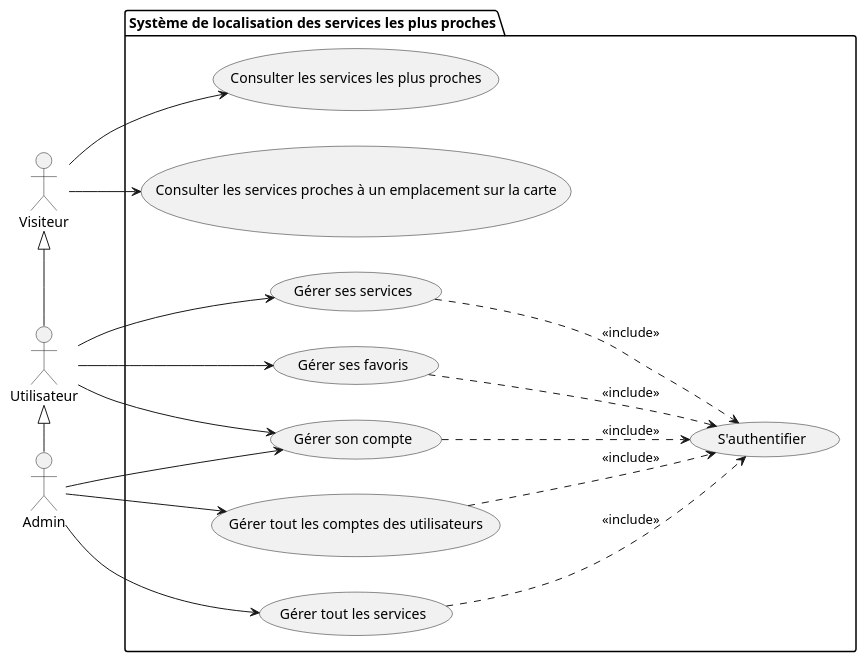
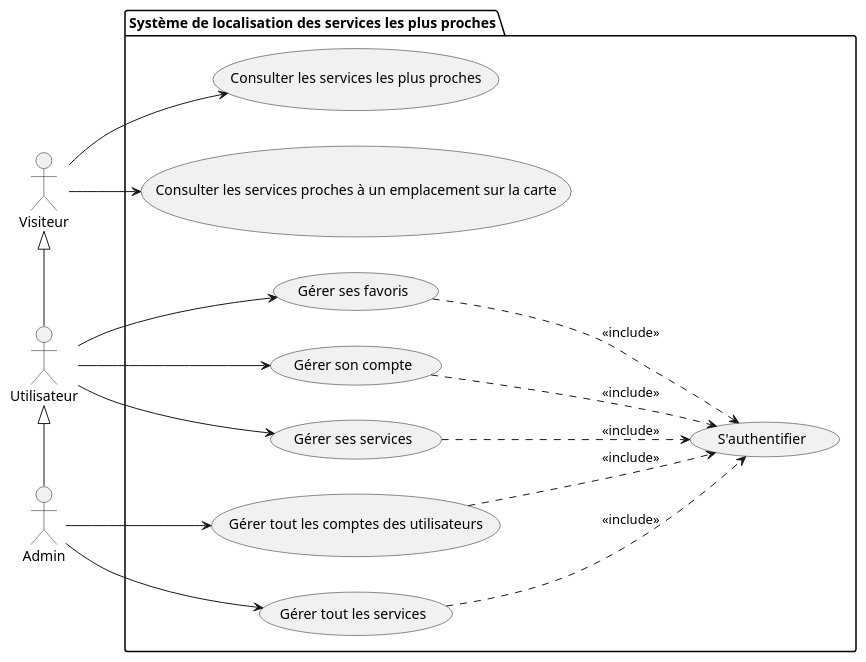
One commit to techguyseli/touristy changed the diagram in rapport/uml/plantuml/use_case.pu. Above: the diagram before and after it, drawn with PlantUML. The commit also changed 1 other file, not shown here.

```diff
--- a/rapport/uml/plantuml/use_case.pu
+++ b/rapport/uml/plantuml/use_case.pu
@@ -1,41 +1,40 @@
 @startuml use_case
 left to right direction
 
 ' actors
 actor Visiteur as g
 actor Utilisateur as u
 actor Admin as a
 
 ' system package and use cases
 package "Système de localisation des services les plus proches"{
     usecase "Consulter les services les plus proches" as g1
     usecase "Consulter les services proches à un emplacement sur la carte" as g2
     usecase "S'authentifier" as auth
     usecase "Gérer ses favoris" as u2
     usecase "Gérer son compte" as acc_man
     usecase "Gérer tout les comptes des utilisateurs" as a1
     usecase "Gérer ses services" as personnal_service_management
     usecase "Gérer tout les services" as service_management
 }
 
 ' use case main relations
 g --> g1
 g --> g2
 u --> u2
 u --> acc_man
 a --> a1
-a --> acc_man
 a --> service_management
 u --> personnal_service_management
 
 ' includes
 u2 ..> auth : <<include>>
 a1 ..> auth : <<include>>
 acc_man ..> auth : <<include>>
 service_management ..> auth : <<include>>
 personnal_service_management ..> auth : <<include>>
 
 ' generalization
 g <|- u
 u <|- a
 @enduml
```
